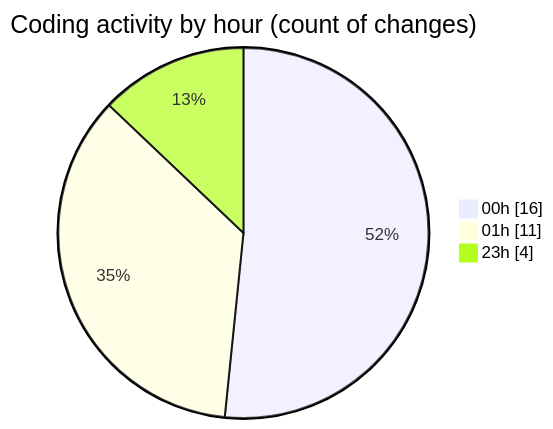
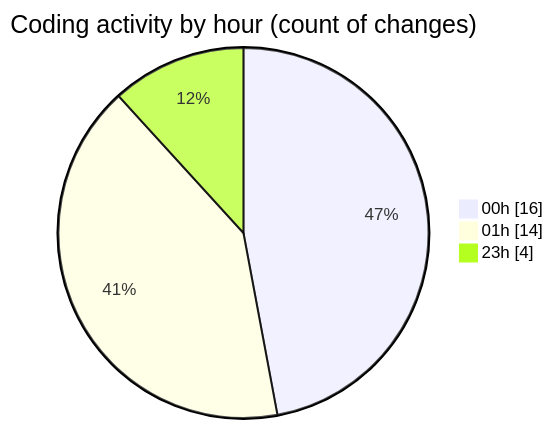
One commit to julien-gomy/code-tracking changed the second of 2 diagrams in 2025-11-23/eventscop-frontend-guide__workspace_/README.md. Above: the diagram before and after it, drawn with Mermaid. The commit also changed other lines of this file and 1 other file, not shown here.

````diff
--- a/2025-11-23/eventscop-frontend-guide__workspace_/README.md
+++ b/2025-11-23/eventscop-frontend-guide__workspace_/README.md
@@ -41,7 +42,7 @@
 ```mermaid
 pie showData
 title Coding activity by hour (count of changes)
 "00h" : 16
-"01h" : 11
+"01h" : 14
 "23h" : 4
 ```
````
